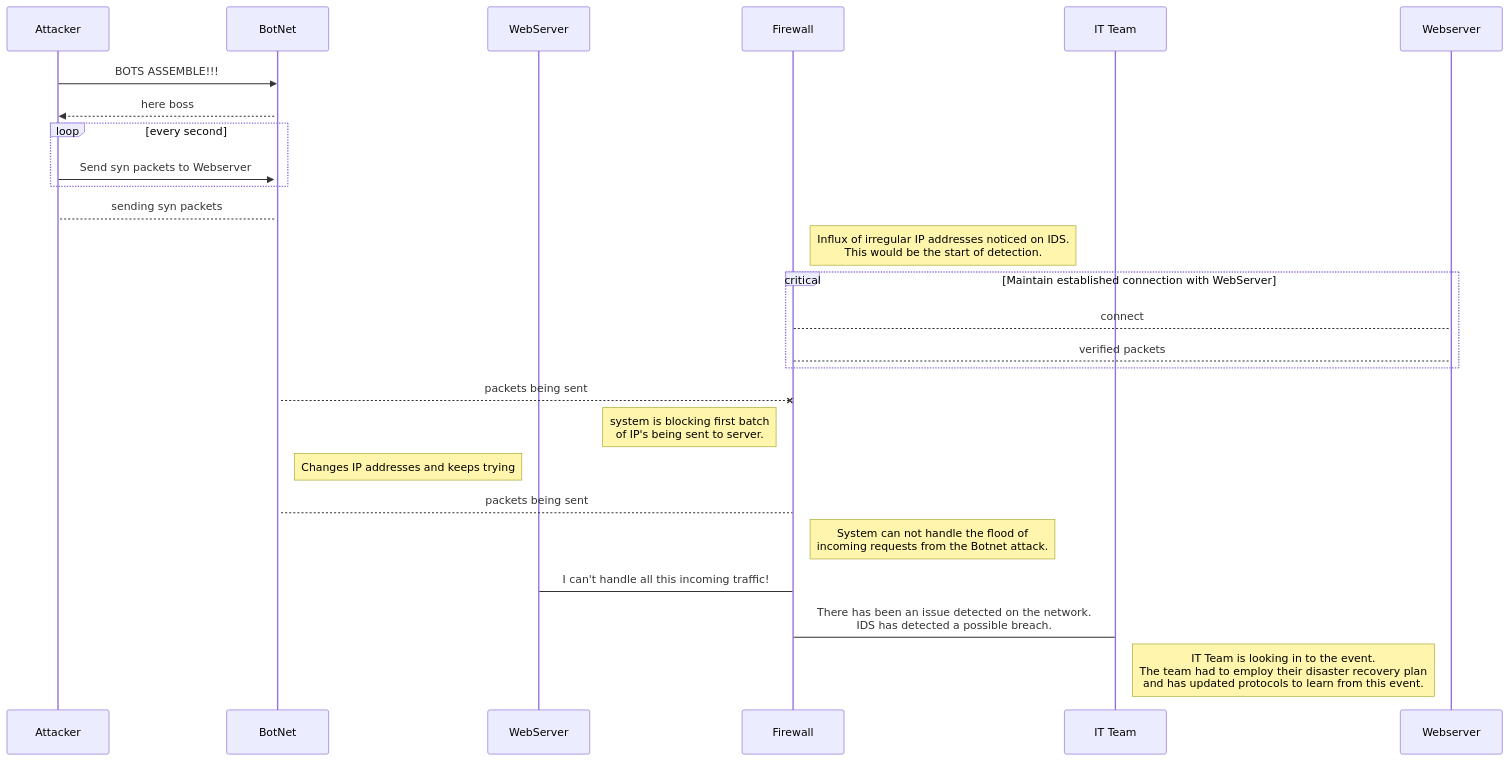
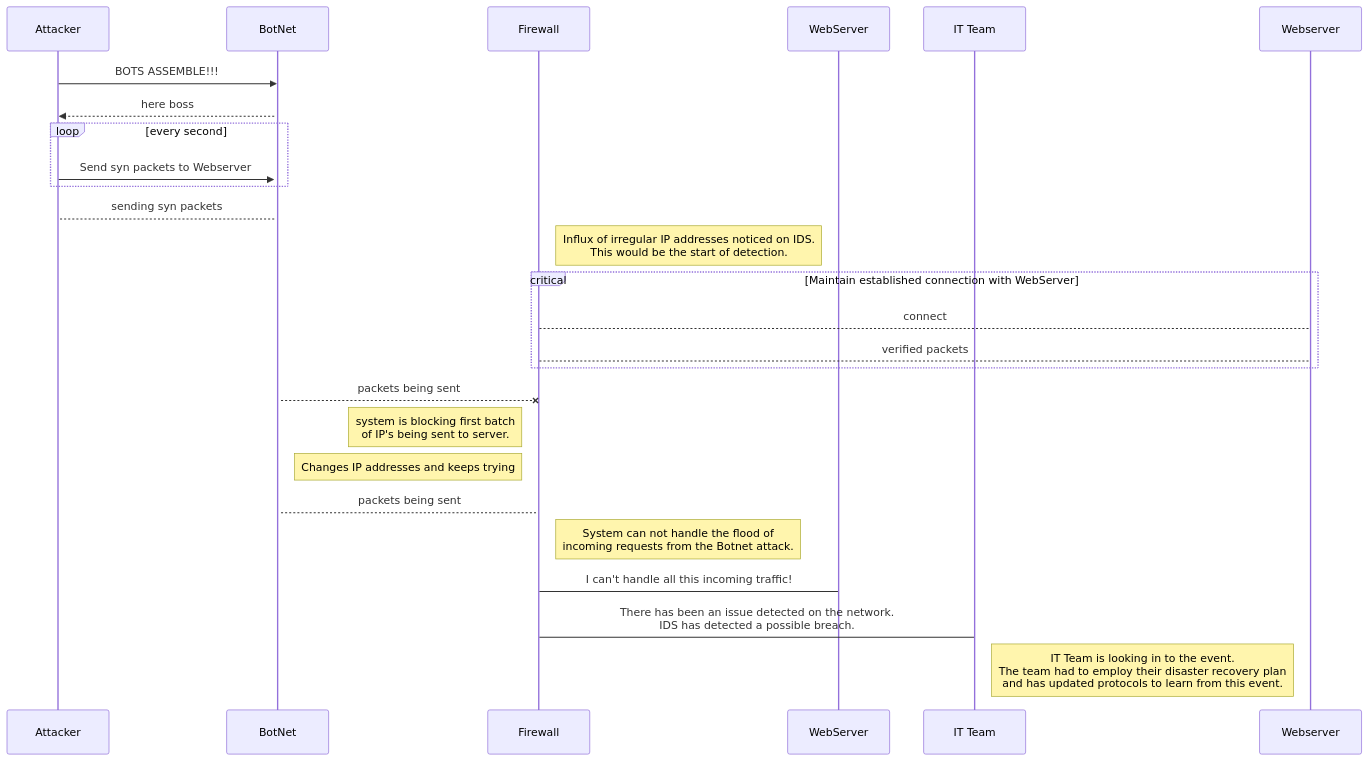
One commit to QJCampbell/QJCampbell.github.io changed the diagram in DDoS_Attack_Sequence.md. Above: the diagram before and after it, drawn with Mermaid. The commit also changed other lines of this file, not shown here.

````diff
--- a/DDoS_Attack_Sequence.md
+++ b/DDoS_Attack_Sequence.md
@@ -2,31 +2,31 @@
 ```mermaid
 sequenceDiagram
  participant Attacker
  participant BotNet
+ participant Firewall
  participant WebServer
- participant Firewall
  participant IT Team
 
 Attacker->>BotNet: BOTS ASSEMBLE!!!
 activate BotNet
 BotNet-->>Attacker: here boss
 loop every second
  Attacker->>BotNet: Send syn packets to Webserver
 end
 BotNet-->Attacker: sending syn packets
 Note right of Firewall: Influx of irregular IP addresses noticed on IDS.<br/>This would be the start of detection.
 critical Maintain established connection with WebServer
  Firewall-->Webserver: connect
  Firewall-->Webserver: verified packets
 end
 BotNet--xFirewall: packets being sent
 note left of Firewall: system is blocking first batch<br/>of IP's being sent to server.
 note right of BotNet: Changes IP addresses and keeps trying
 BotNet-->Firewall: packets being sent
 note right of Firewall: System can not handle the flood of<br/>incoming requests from the Botnet attack.
 WebServer->Firewall: I can't handle all this incoming traffic!
 Firewall-> IT Team: There has been an issue detected on the network.<br/>IDS has detected a possible breach.
 note right of IT Team: IT Team is looking in to the event.<br/>The team had to employ their disaster recovery plan<br/>and has updated protocols to learn from this event.
 
 
 ```
````
